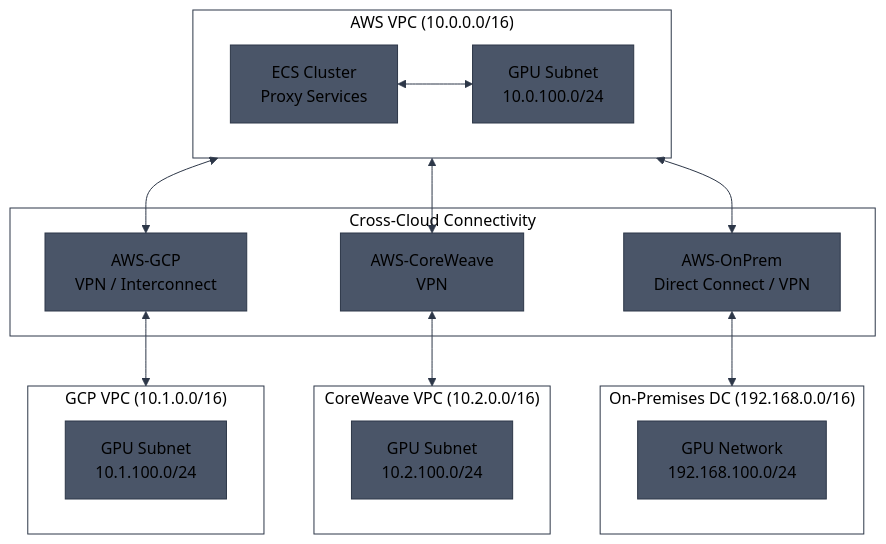
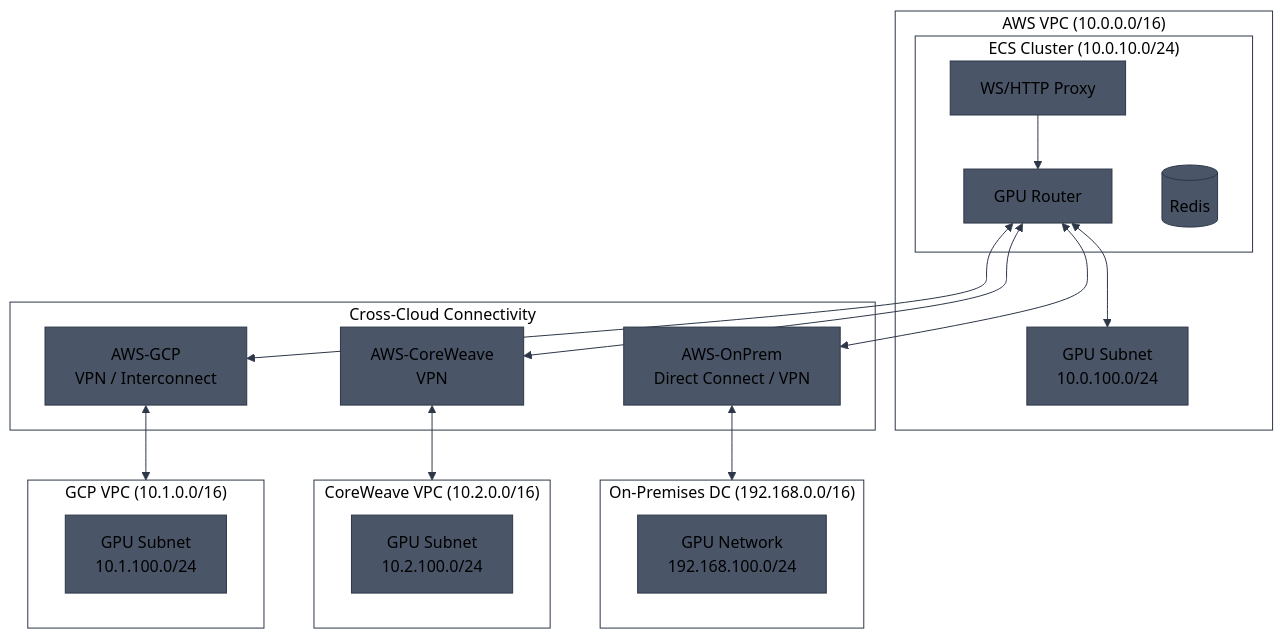
Before and after one commit to aldea-ai/infrastructure-docs: the eighth of 10 diagrams in diagrams/multi-cloud-gpu-architecture.md, drawn with Mermaid. The commit also changed other lines of this file, not shown here.

Commit message:
Move GPU router into ECS cluster with other services

````diff
--- a/diagrams/multi-cloud-gpu-architecture.md
+++ b/diagrams/multi-cloud-gpu-architecture.md
@@ -356,31 +354,36 @@
 ```mermaid
 %%{init: {'theme': 'base', 'themeVariables': { 'primaryColor': '#4a5568', 'primaryTextColor': '#000', 'primaryBorderColor': '#2d3748', 'lineColor': '#2d3748', 'clusterBkg': 'transparent', 'clusterBorder': '#2d3748', 'titleColor': '#000'}}}%%
 flowchart TB
     subgraph AWS_VPC["AWS VPC (10.0.0.0/16)"]
-        ECS[ECS Cluster<br/>Proxy Services]
+        subgraph ECS["ECS Cluster (10.0.10.0/24)"]
+            PROXY[WS/HTTP Proxy]
+            ROUTER[GPU Router]
+            REDIS[(Redis)]
+        end
         AWS_GPU_SUBNET[GPU Subnet<br/>10.0.100.0/24]
     end
 
     subgraph GCP_VPC["GCP VPC (10.1.0.0/16)"]
         GCP_GPU_SUBNET[GPU Subnet<br/>10.1.100.0/24]
     end
 
     subgraph CW_VPC["CoreWeave VPC (10.2.0.0/16)"]
         CW_GPU_SUBNET[GPU Subnet<br/>10.2.100.0/24]
     end
 
     subgraph ONPREM["On-Premises DC (192.168.0.0/16)"]
         OP_GPU_SUBNET[GPU Network<br/>192.168.100.0/24]
     end
 
     subgraph Connectivity["Cross-Cloud Connectivity"]
         AWS_GCP[AWS-GCP<br/>VPN / Interconnect]
         AWS_CW[AWS-CoreWeave<br/>VPN]
         AWS_OP[AWS-OnPrem<br/>Direct Connect / VPN]
     end
 
-    ECS <--> AWS_GPU_SUBNET
-    AWS_VPC <--> AWS_GCP <--> GCP_VPC
-    AWS_VPC <--> AWS_CW <--> CW_VPC
-    AWS_VPC <--> AWS_OP <--> ONPREM
+    PROXY --> ROUTER
+    ROUTER <--> AWS_GPU_SUBNET
+    ROUTER <--> AWS_GCP <--> GCP_VPC
+    ROUTER <--> AWS_CW <--> CW_VPC
+    ROUTER <--> AWS_OP <--> ONPREM
 ```
````
